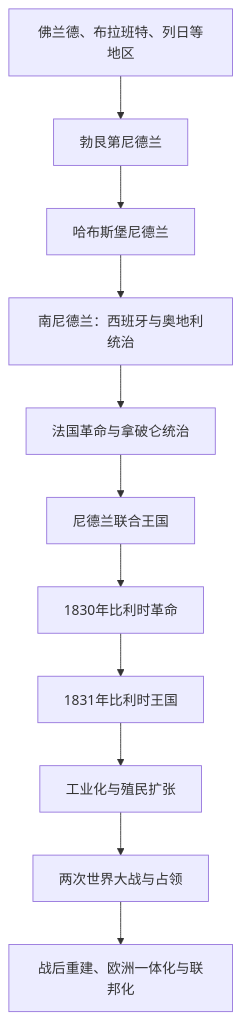
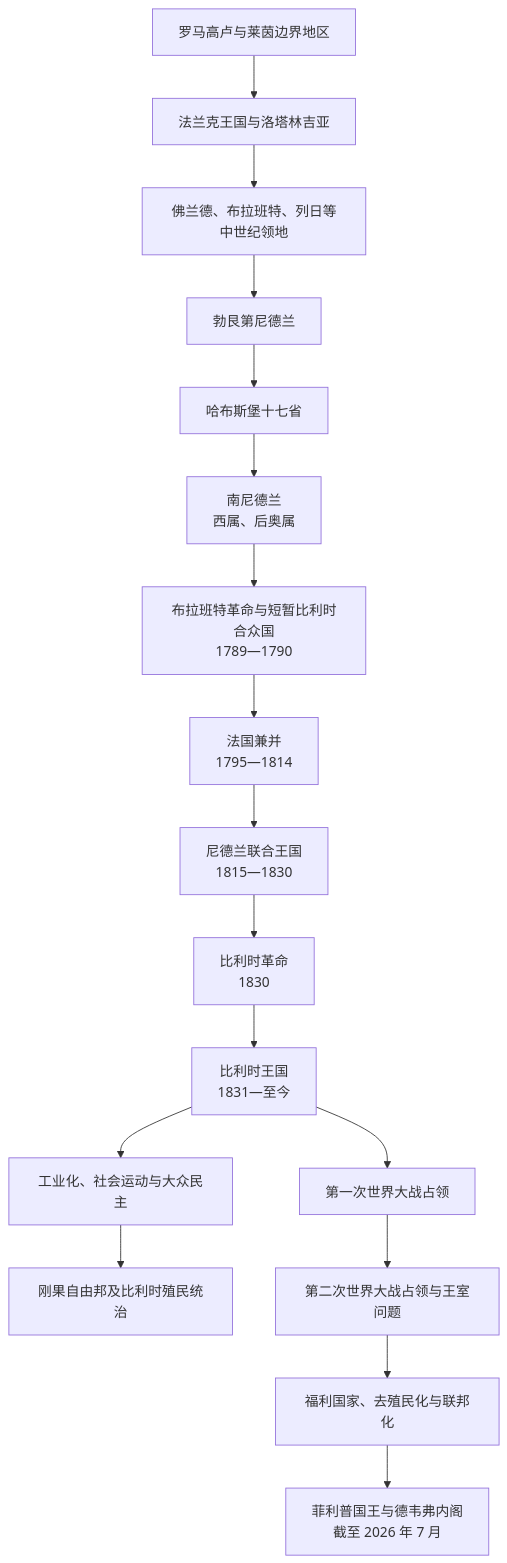
Before and after one commit to tianlan-dev/learning-notes: the diagram in 人文科学/历史/欧洲/低地国家/比利时.md, drawn with Mermaid. The commit also changed other lines of this file and 1417 other files, not shown here.

````diff
--- a/人文科学/历史/欧洲/低地国家/比利时.md
+++ b/人文科学/历史/欧洲/低地国家/比利时.md
@@ -13,13 +17,19 @@
 ```mermaid
 flowchart TD
-    Medieval["佛兰德、布拉班特、列日等地区"] --> Burgundy["勃艮第尼德兰"]
-    Burgundy --> Habsburg["哈布斯堡尼德兰"]
-    Habsburg --> South["南尼德兰：西班牙与奥地利统治"]
-    South --> France["法国革命与拿破仑统治"]
-    France --> United["尼德兰联合王国"]
-    United --> Revolution["1830年比利时革命"]
-    Revolution --> Kingdom["1831年比利时王国"]
-    Kingdom --> Industrial["工业化与殖民扩张"]
-    Industrial --> Wars["两次世界大战与占领"]
-    Wars --> Federal["战后重建、欧洲一体化与联邦化"]
+    Roman["罗马高卢与莱茵边界地区"] --> Frankish["法兰克王国与洛塔林吉亚"]
+    Frankish --> Medieval["佛兰德、布拉班特、列日等中世纪领地"]
+    Medieval --> Burgundy["勃艮第尼德兰"]
+    Burgundy --> Habsburg["哈布斯堡十七省"]
+    Habsburg --> South["南尼德兰<br/>西属、后奥属"]
+    South --> Brabant["布拉班特革命与短暂比利时合众国<br/>1789—1790"]
+    Brabant --> France["法国兼并<br/>1795—1814"]
+    France --> United["尼德兰联合王国<br/>1815—1830"]
+    United --> Revolution["比利时革命<br/>1830"]
+    Revolution --> Kingdom["比利时王国<br/>1831—至今"]
+    Kingdom --> Industry["工业化、社会运动与大众民主"]
+    Industry --> Congo["刚果自由邦及比利时殖民统治"]
+    Kingdom --> WWI["第一次世界大战占领"]
+    WWI --> WWII["第二次世界大战占领与王室问题"]
+    WWII --> Federal["福利国家、去殖民化与联邦化"]
+    Federal --> Current["菲利普国王与德韦弗内阁<br/>截至 2026 年 7 月"]
 ```
````
